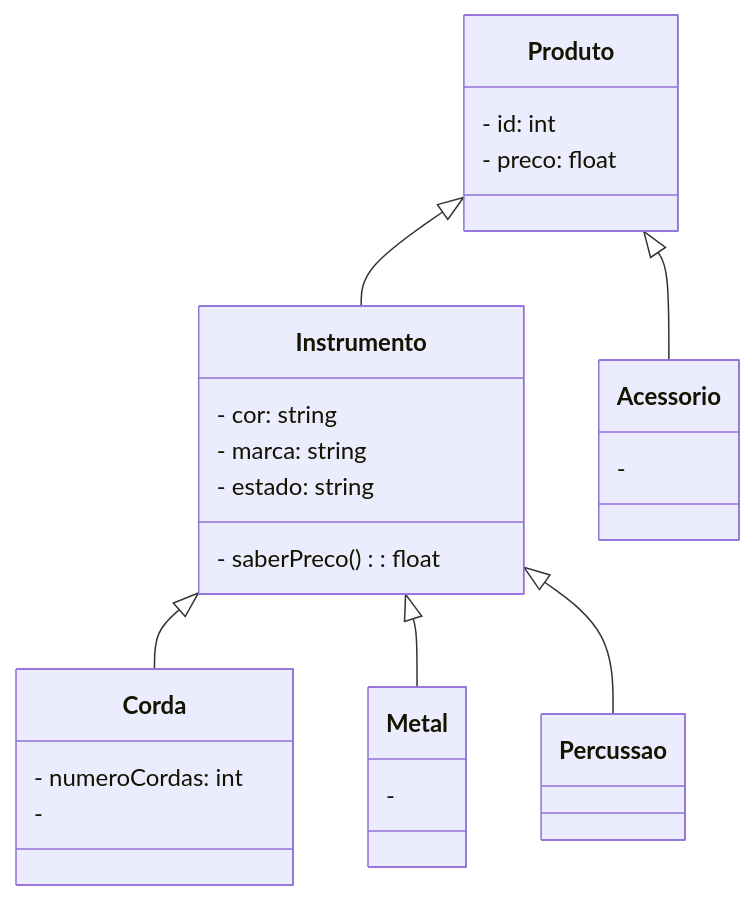
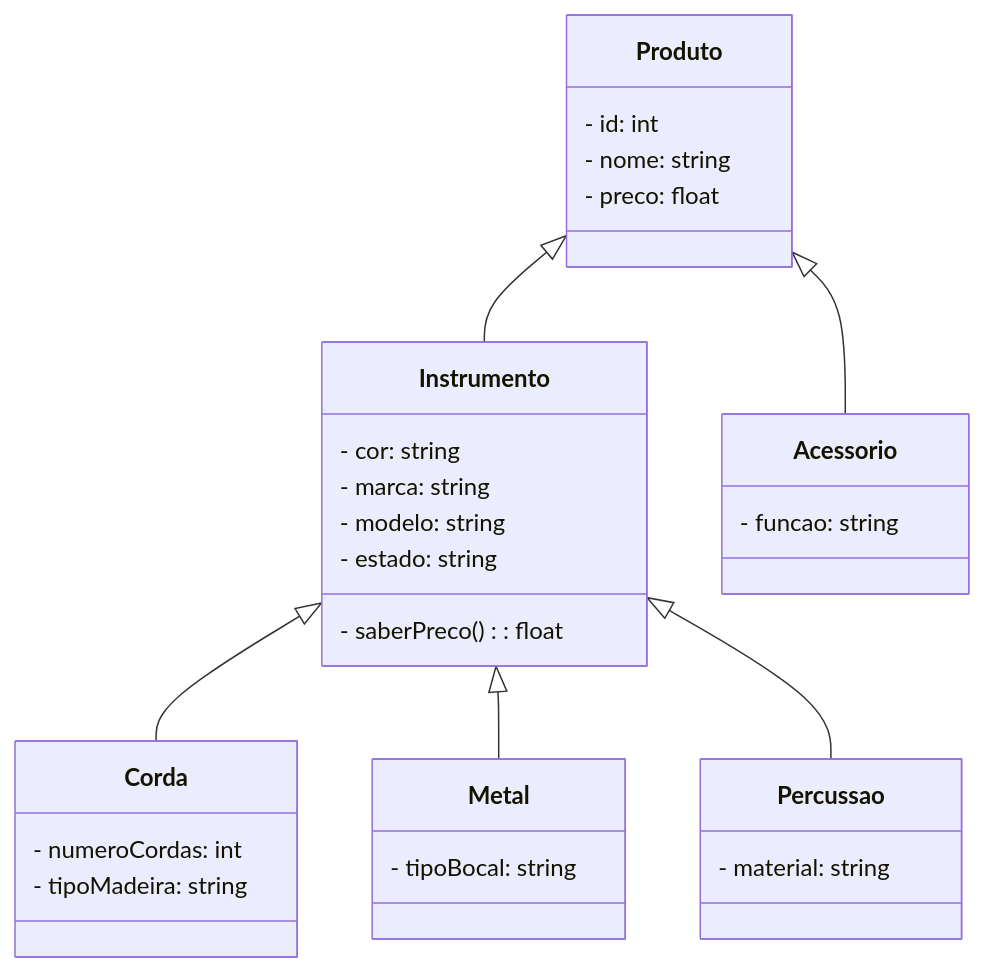
The diagram in Produto.md (MTECHDevelopment/poojavaceub-grupo-3), drawn with Mermaid before and after one commit.

Commit message:
Adicionando novos atributos a Produto e subclasses

````diff
--- a/Produto.md
+++ b/Produto.md
@@ -1,32 +1,34 @@
 ```mermaid
 classDiagram
   class Produto {
     - id: int
+    - nome: string
     - preco: float
 }
   class Instrumento {
     - cor: string
     - marca: string
+    - modelo: string
     - estado: string
     - saberPreco(): float
 }
   class Corda {
     - numeroCordas: int
-    - 
+    - tipoMadeira: string
 }
   class Metal {
-    - 
+    - tipoBocal: string
 }
   class Percussao {
-    
+    - material: string
 }
   class Acessorio {
-    - 
+    - funcao: string
 }
 
 Produto <|-- Instrumento
 Produto <|-- Acessorio
 Instrumento <|-- Corda
 Instrumento <|-- Metal
 Instrumento <|-- Percussao
 ```
````
